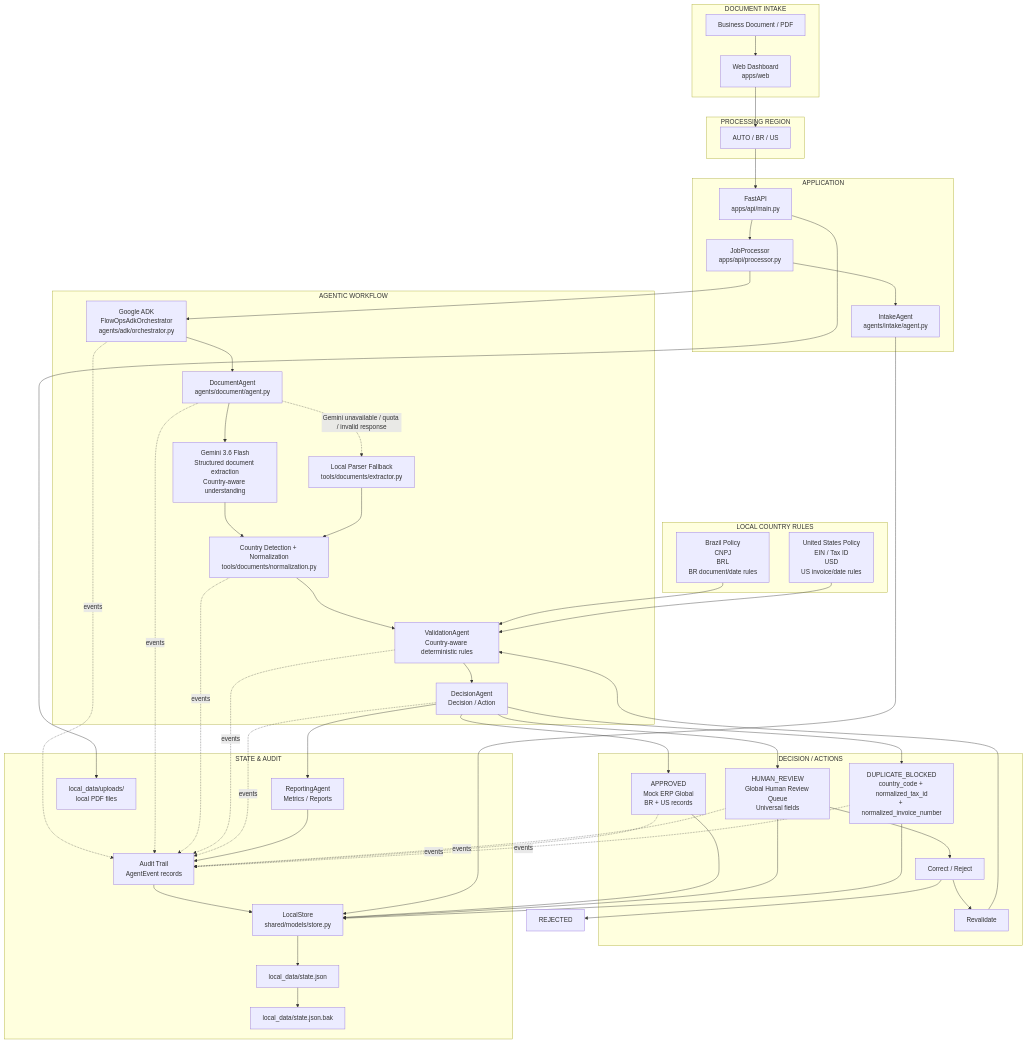
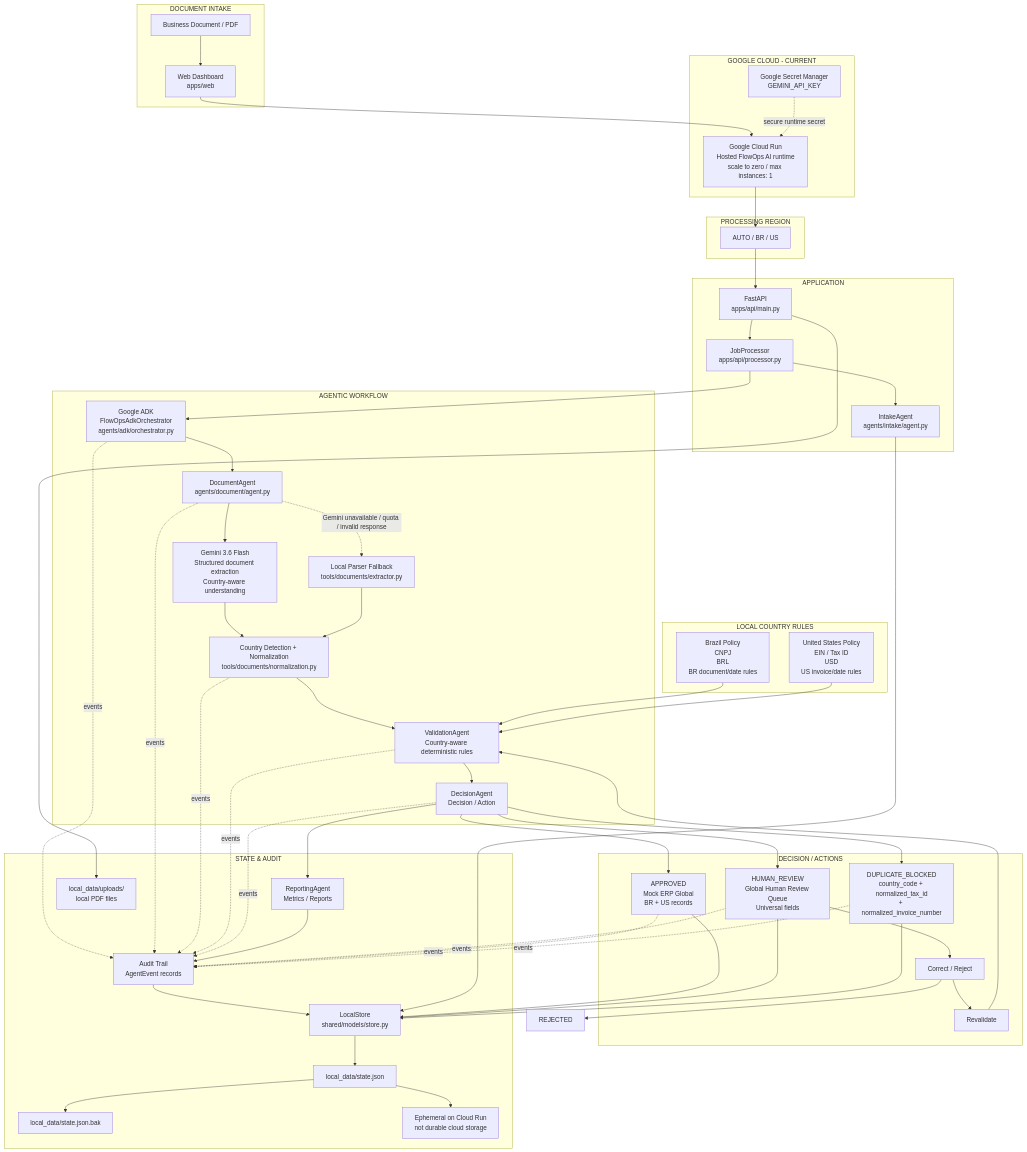
Before and after one commit to kakaroto2025/flowops-ai: the diagram in docs/architecture.mmd, drawn with Mermaid. The commit also changed 4 other files, not shown here.

Commit message:
Document Cloud Run deployment architecture

```diff
--- a/docs/architecture.mmd
+++ b/docs/architecture.mmd
@@ -1,91 +1,100 @@
 flowchart TD
     subgraph Input["DOCUMENT INTAKE"]
         PDF["Business Document / PDF"]
         Web["Web Dashboard<br/>apps/web"]
+    end
+
+    subgraph GoogleCloud["GOOGLE CLOUD - CURRENT"]
+        CloudRun["Google Cloud Run<br/>Hosted FlowOps AI runtime<br/>scale to zero / max instances: 1"]
+        SecretManager["Google Secret Manager<br/>GEMINI_API_KEY"]
     end
 
     subgraph Region["PROCESSING REGION"]
         Mode["AUTO / BR / US"]
     end
 
     subgraph Application["APPLICATION"]
         API["FastAPI<br/>apps/api/main.py"]
         Processor["JobProcessor<br/>apps/api/processor.py"]
         Intake["IntakeAgent<br/>agents/intake/agent.py"]
     end
 
     subgraph Agentic["AGENTIC WORKFLOW"]
         ADK["Google ADK<br/>FlowOpsAdkOrchestrator<br/>agents/adk/orchestrator.py"]
         Document["DocumentAgent<br/>agents/document/agent.py"]
         Gemini["Gemini 3.6 Flash<br/>Structured document extraction<br/>Country-aware understanding"]
         Fallback["Local Parser Fallback<br/>tools/documents/extractor.py"]
         Normalize["Country Detection + Normalization<br/>tools/documents/normalization.py"]
         Validation["ValidationAgent<br/>Country-aware deterministic rules"]
         Decision["DecisionAgent<br/>Decision / Action"]
     end
 
     subgraph Policies["LOCAL COUNTRY RULES"]
         BR["Brazil Policy<br/>CNPJ<br/>BRL<br/>BR document/date rules"]
         US["United States Policy<br/>EIN / Tax ID<br/>USD<br/>US invoice/date rules"]
     end
 
     subgraph Actions["DECISION / ACTIONS"]
         ERP["APPROVED<br/>Mock ERP Global<br/>BR + US records"]
         Review["HUMAN_REVIEW<br/>Global Human Review Queue<br/>Universal fields"]
         Operator["Correct / Reject"]
         Revalidate["Revalidate"]
         Duplicate["DUPLICATE_BLOCKED<br/>country_code + normalized_tax_id<br/>+ normalized_invoice_number"]
     end
 
     subgraph StateAudit["STATE & AUDIT"]
         Reporting["ReportingAgent<br/>Metrics / Reports"]
         Audit["Audit Trail<br/>AgentEvent records"]
         Store["LocalStore<br/>shared/models/store.py"]
         State["local_data/state.json"]
         Backup["local_data/state.json.bak"]
         Uploads["local_data/uploads/<br/>local PDF files"]
+        Ephemeral["Ephemeral on Cloud Run<br/>not durable cloud storage"]
     end
 
     PDF --> Web
-    Web --> Mode
+    Web --> CloudRun
+    SecretManager -. "secure runtime secret" .-> CloudRun
+    CloudRun --> Mode
     Mode --> API
     API --> Processor
     Processor --> Intake
     Processor --> ADK
     ADK --> Document
     Document --> Gemini
     Gemini --> Normalize
     Document -. "Gemini unavailable / quota / invalid response" .-> Fallback
     Fallback --> Normalize
     Normalize --> Validation
     BR --> Validation
     US --> Validation
     Validation --> Decision
 
     Decision --> ERP
     Decision --> Review
     Review --> Operator
     Operator --> Revalidate
     Revalidate --> Validation
     Operator --> Reject["REJECTED"]
     Decision --> Duplicate
 
     ADK -. events .-> Audit
     Document -. events .-> Audit
     Normalize -. events .-> Audit
     Validation -. events .-> Audit
     Decision -. events .-> Audit
     Review -. events .-> Audit
     ERP -. events .-> Audit
     Duplicate -. events .-> Audit
 
     Decision --> Reporting
     Reporting --> Audit
     Audit --> Store
     ERP --> Store
     Review --> Store
     Duplicate --> Store
     Intake --> Store
     Store --> State
     State --> Backup
     API --> Uploads
+    State --> Ephemeral
```
